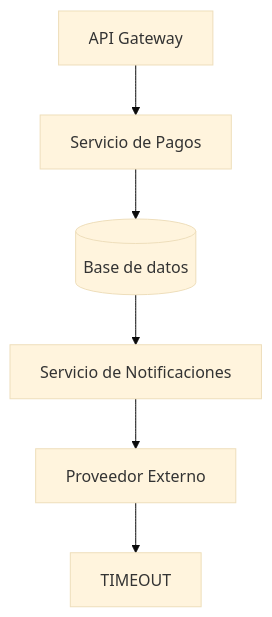
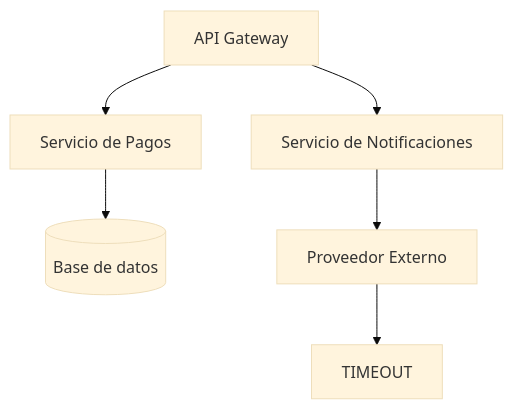
Before and after one commit to mytheondev/mytheondev: the sixth of 6 diagrams in src/content/blog/trace-id-is-not-transaction-id.es.md, drawn with Mermaid (base theme). The commit also changed other lines of this file and 27 other files, not shown here.

````diff
--- a/src/content/blog/trace-id-is-not-transaction-id.es.md
+++ b/src/content/blog/trace-id-is-not-transaction-id.es.md
@@ -362,8 +367,8 @@
 ```mermaid
 flowchart TD
   Gateway[API Gateway] --> Payments[Servicio de Pagos]
   Payments --> Database[(Base de datos)]
-  Database --> Notify[Servicio de Notificaciones]
+  Gateway --> Notify[Servicio de Notificaciones]
   Notify --> Provider[Proveedor Externo]
   Provider --> Timeout[TIMEOUT]
 ```
````
